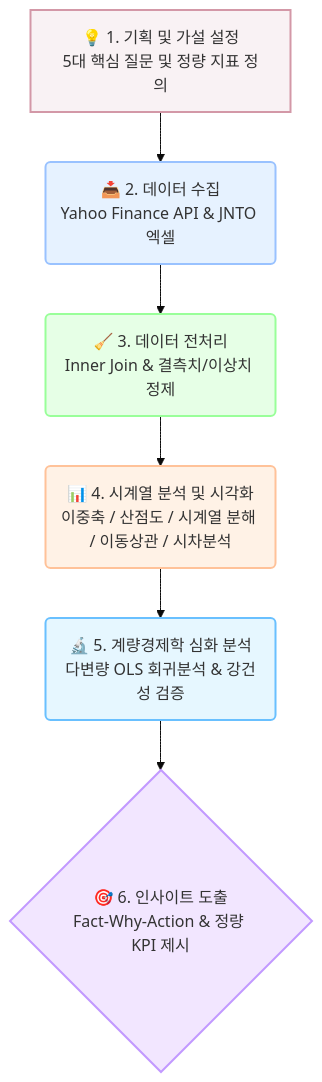
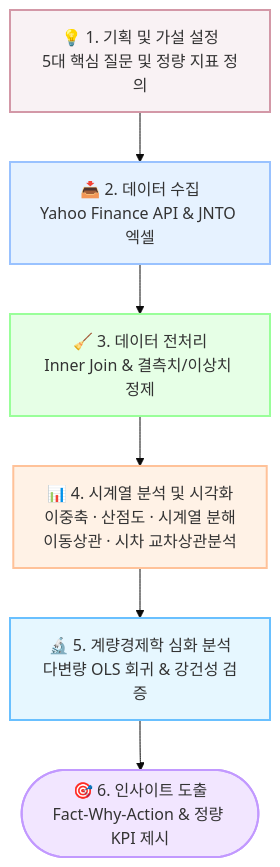
One commit to mustiolla/japan-travel-analysis changed the diagram in README.md. Above: the diagram before and after it, drawn with Mermaid (base theme). The commit also changed 1 other file, not shown here.

Commit message:
fix: README.md 및 REPORT.md 내 Mermaid 흐름도 글씨 짤림 방지 (노드 형태 및 줄바꿈 최적화)

````diff
--- a/README.md
+++ b/README.md
@@ -14,15 +14,15 @@
 ```mermaid
-graph TD
-    A[💡 1. 기획 및 가설 설정<br>5대 핵심 질문 및 정량 지표 정의] --> B(📥 2. 데이터 수집<br>Yahoo Finance API & JNTO 엑셀)
-    B --> C(🧹 3. 데이터 전처리<br>Inner Join & 결측치/이상치 정제)
-    C --> D(📊 4. 시계열 분석 및 시각화<br>이중축 / 산점도 / 시계열 분해 / 이동상관 / 시차분석)
-    D --> E(🔬 5. 계량경제학 심화 분석<br>다변량 OLS 회귀분석 & 강건성 검증)
-    E --> F{🎯 6. 인사이트 도출<br>Fact-Why-Action & 정량 KPI 제시}
+flowchart TD
+    A["💡 1. 기획 및 가설 설정<br>5대 핵심 질문 및 정량 지표 정의"] --> B["📥 2. 데이터 수집<br>Yahoo Finance API & JNTO 엑셀"]
+    B --> C["🧹 3. 데이터 전처리<br>Inner Join & 결측치/이상치 정제"]
+    C --> D["📊 4. 시계열 분석 및 시각화<br>이중축 · 산점도 · 시계열 분해<br>이동상관 · 시차 교차상관분석"]
+    D --> E["🔬 5. 계량경제학 심화 분석<br>다변량 OLS 회귀 & 강건성 검증"]
+    E --> F(["🎯 6. 인사이트 도출<br>Fact-Why-Action & 정량 KPI 제시"])
 
     style A fill:#f9f2f4,stroke:#d398a7,stroke-width:2px
     style B fill:#e6f2ff,stroke:#99c2ff,stroke-width:2px
     style C fill:#e6ffe6,stroke:#99ff99,stroke-width:2px
     style D fill:#fff2e6,stroke:#ffc299,stroke-width:2px
     style E fill:#e6f7ff,stroke:#69c0ff,stroke-width:2px
     style F fill:#f2e6ff,stroke:#c299ff,stroke-width:2px
 ```
````
